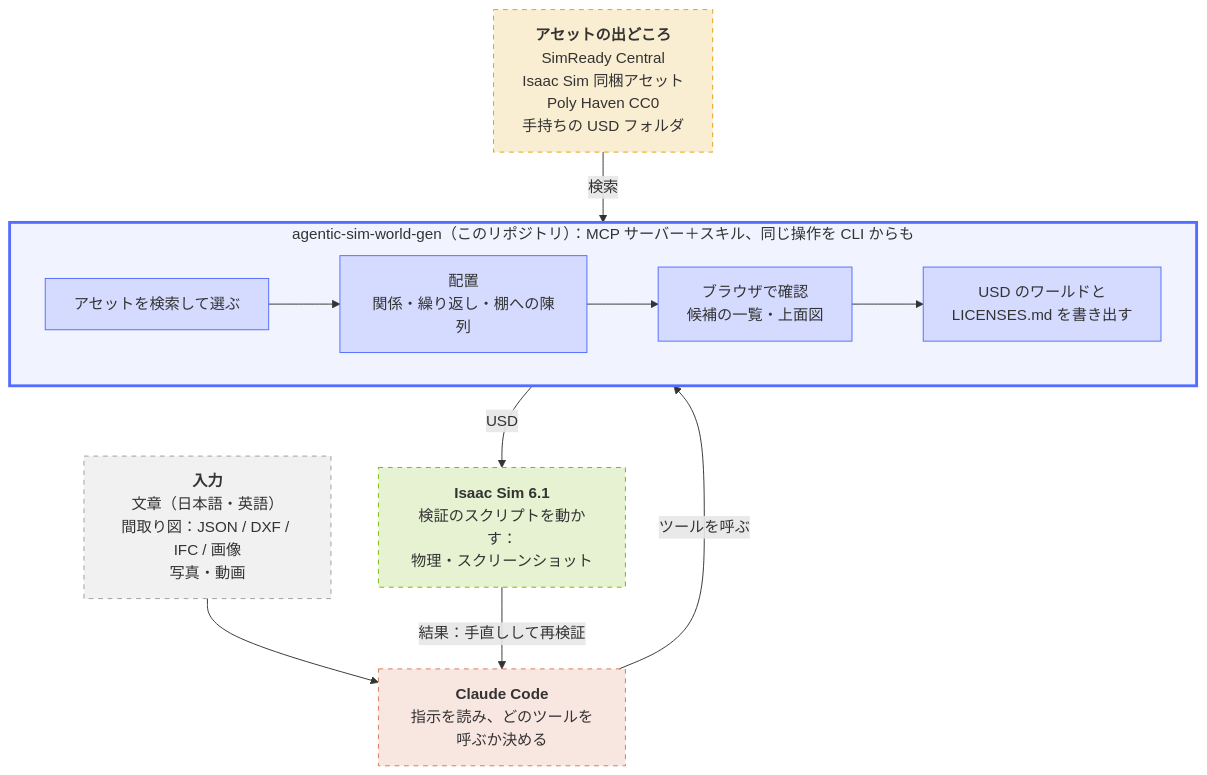
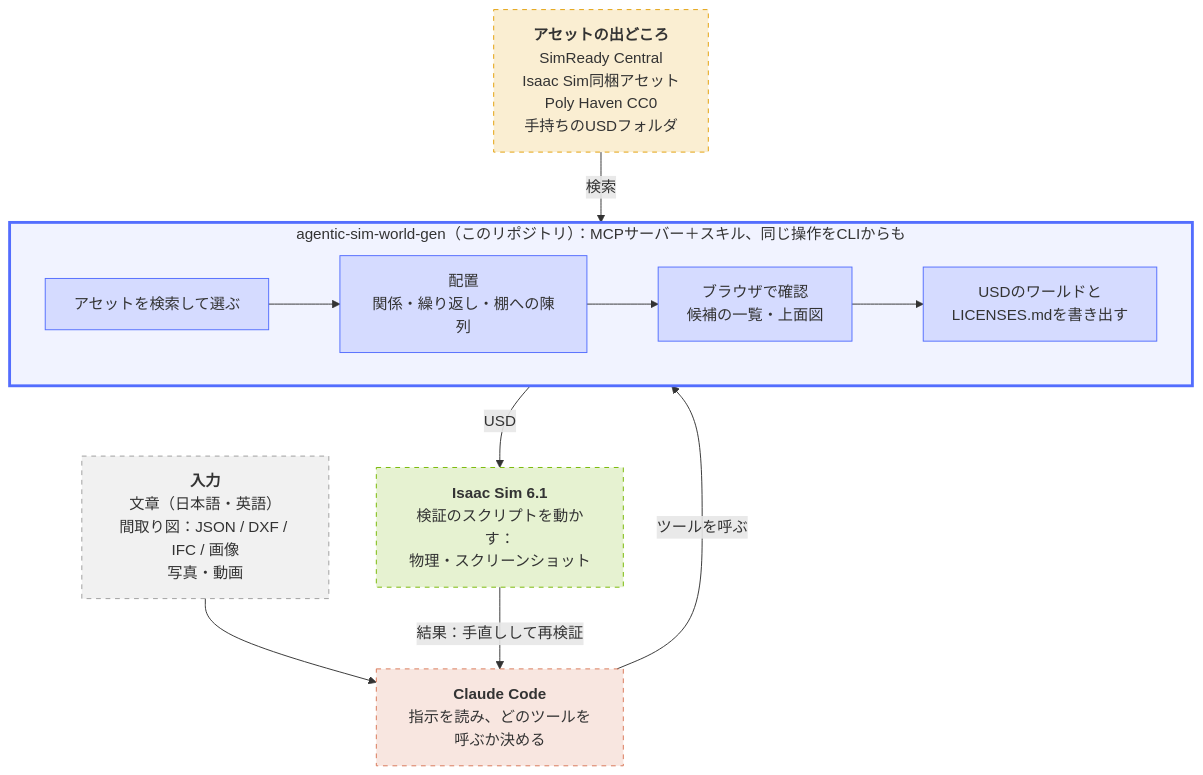
One commit to atinfinity/agentic-sim-world-gen changed the diagram in README.ja.md. Above: the diagram before and after it, drawn with Mermaid. The commit also changed 4 other files, not shown here.

Commit message:
Japanese docs: drop half-width spaces between Japanese and ASCII in the mermaid diagrams too

````diff
--- a/README.ja.md
+++ b/README.ja.md
@@ -8,27 +8,27 @@
 ```mermaid
 flowchart TB
   IN["<b>入力</b><br/>文章（日本語・英語）<br/>間取り図：JSON / DXF / IFC / 画像<br/>写真・動画"]
   CC["<b>Claude Code</b><br/>指示を読み、どのツールを呼ぶか決める"]
-  subgraph WG["agentic-sim-world-gen（このリポジトリ）：MCP サーバー＋スキル、同じ操作を CLI からも"]
+  subgraph WG["agentic-sim-world-gen（このリポジトリ）：MCPサーバー＋スキル、同じ操作をCLIからも"]
     direction LR
-    S["アセットを検索して選ぶ"] --> L["配置<br/>関係・繰り返し・棚への陳列"] --> V["ブラウザで確認<br/>候補の一覧・上面図"] --> U["USD のワールドと<br/>LICENSES.md を書き出す"]
+    S["アセットを検索して選ぶ"] --> L["配置<br/>関係・繰り返し・棚への陳列"] --> V["ブラウザで確認<br/>候補の一覧・上面図"] --> U["USDのワールドと<br/>LICENSES.mdを書き出す"]
   end
-  SRC["<b>アセットの出どころ</b><br/>SimReady Central<br/>Isaac Sim 同梱アセット<br/>Poly Haven CC0<br/>手持ちの USD フォルダ"]
+  SRC["<b>アセットの出どころ</b><br/>SimReady Central<br/>Isaac Sim同梱アセット<br/>Poly Haven CC0<br/>手持ちのUSDフォルダ"]
   ISAAC["<b>Isaac Sim 6.1</b><br/>検証のスクリプトを動かす：<br/>物理・スクリーンショット"]
   IN --> CC
   CC -- "ツールを呼ぶ" --> WG
   SRC -- "検索" --> WG
   WG -- "USD" --> ISAAC
   ISAAC -- "結果：手直しして再検証" --> CC
   style WG fill:#536dfe14,stroke:#536dfe,stroke-width:3px
   classDef repo fill:#536dfe2e,stroke:#536dfe
   classDef input fill:#9e9e9e26,stroke:#9e9e9e,stroke-dasharray:5 5
   classDef claude fill:#d977572e,stroke:#d97757,stroke-dasharray:5 5
   classDef assets fill:#e3a0082e,stroke:#e3a008,stroke-dasharray:5 5
   classDef isaac fill:#76b9002e,stroke:#76b900,stroke-dasharray:5 5
   class S,L,V,U repo
   class IN input
   class CC claude
   class SRC assets
   class ISAAC isaac
 ```
````
